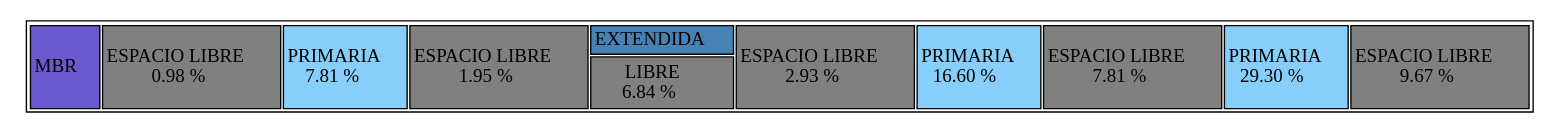
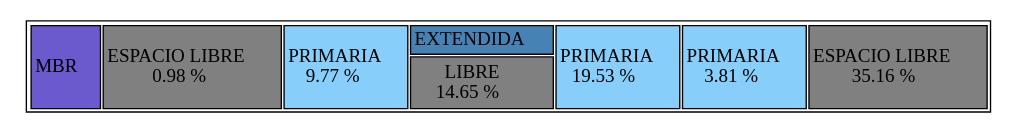
Before and after one commit to kmsu/MIA_P1_200915348: the diagram in MIA/Reportes/diskA.dot, drawn with Graphviz. The commit also changed 10 other files, not shown here.

```diff
--- a/MIA/Reportes/diskA.dot
+++ b/MIA/Reportes/diskA.dot
@@ -1,22 +1,19 @@
 digraph { 
 node [ shape=none ] 
 TablaReportNodo [ label = < <table border="1"> 
 <tr> 
  <td bgcolor='SlateBlue'  ROWSPAN='3'> MBR </td>
  <td bgcolor='#808080'  ROWSPAN='3'> ESPACIO LIBRE <br/> 0.98 % </td> 
-  <td bgcolor='LightSkyBlue' ROWSPAN='3'> PRIMARIA <br/> 7.81 % </td>
- <td bgcolor='#808080'  ROWSPAN='3'> ESPACIO LIBRE <br/> 1.95 % </td> 
-  <td bgcolor='SteelBlue' COLSPAN='1'> EXTENDIDA </td>
- <td bgcolor='#808080'  ROWSPAN='3'> ESPACIO LIBRE <br/> 2.93 % </td> 
-  <td bgcolor='LightSkyBlue' ROWSPAN='3'> PRIMARIA <br/> 16.60 % </td>
- <td bgcolor='#808080'  ROWSPAN='3'> ESPACIO LIBRE <br/> 7.81 % </td> 
-  <td bgcolor='LightSkyBlue' ROWSPAN='3'> PRIMARIA <br/> 29.30 % </td>
- <td bgcolor='#808080'  ROWSPAN='3'> ESPACIO LIBRE <br/> 9.67 % </td> 
+  <td bgcolor='LightSkyBlue' ROWSPAN='3'> PRIMARIA <br/> 9.77 % </td>
+ <td bgcolor='SteelBlue' COLSPAN='1'> EXTENDIDA </td>
+ <td bgcolor='LightSkyBlue' ROWSPAN='3'> PRIMARIA <br/> 19.53 % </td>
+ <td bgcolor='LightSkyBlue' ROWSPAN='3'> PRIMARIA <br/> 3.81 % </td>
+ <td bgcolor='#808080'  ROWSPAN='3'> ESPACIO LIBRE <br/> 35.16 % </td> 
 </tr>
 
 <tr> 
- <td bgcolor='#808080' ROWSPAN='2'> LIBRE <br/> 6.84 % </td> 
+ <td bgcolor='#808080' ROWSPAN='2'> LIBRE <br/> 14.65 % </td> 
 </tr>
 
 </table> > ]
 }
```
